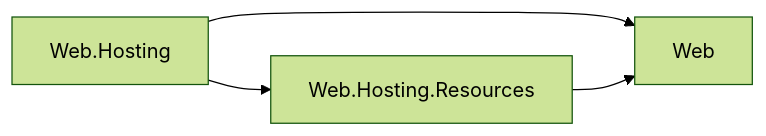
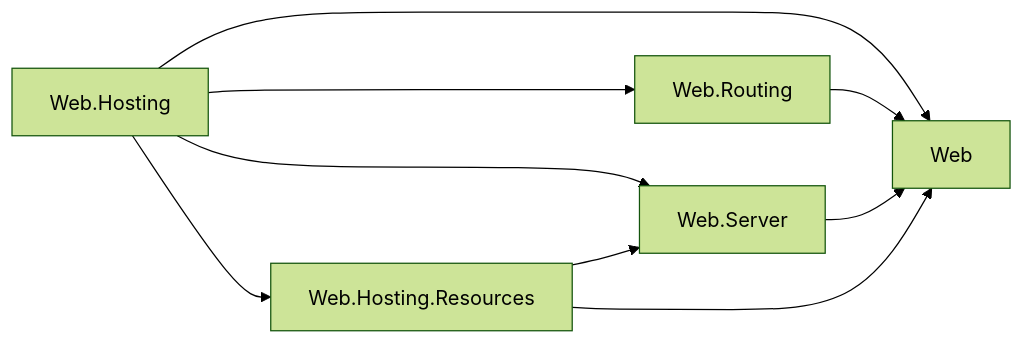
One commit to assimalign/cohesion-docs changed the first of 5 diagrams in docs/dotnet-apis/resources/web/assimalign-cohesion-web-hosting/design.md. Above: the diagram before and after it, drawn with Mermaid (forest theme). The commit also changed other lines of this file and 84 other files, not shown here.

````diff
--- a/docs/dotnet-apis/resources/web/assimalign-cohesion-web-hosting/design.md
+++ b/docs/dotnet-apis/resources/web/assimalign-cohesion-web-hosting/design.md
@@ -33,6 +43,11 @@
 ```mermaid
 flowchart LR
     Runtime["Web.Hosting"] --> Root["Web"]
-    Runtime --> Terminal["Web.Hosting.Resources"]
-    Terminal --> Root
+    Runtime --> Routing["Web.Routing"]
+    Runtime --> Server["Web.Server"]
+    Runtime --> Resources["Web.Hosting.Resources"]
+    Routing --> Root
+    Server --> Root
+    Resources --> Root
+    Resources --> Server
 ```
````
